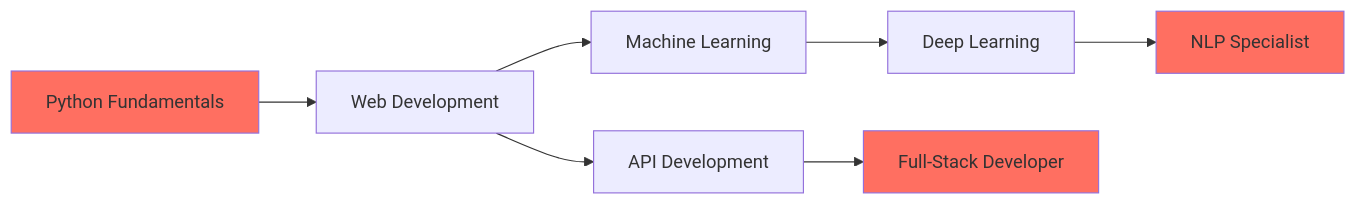
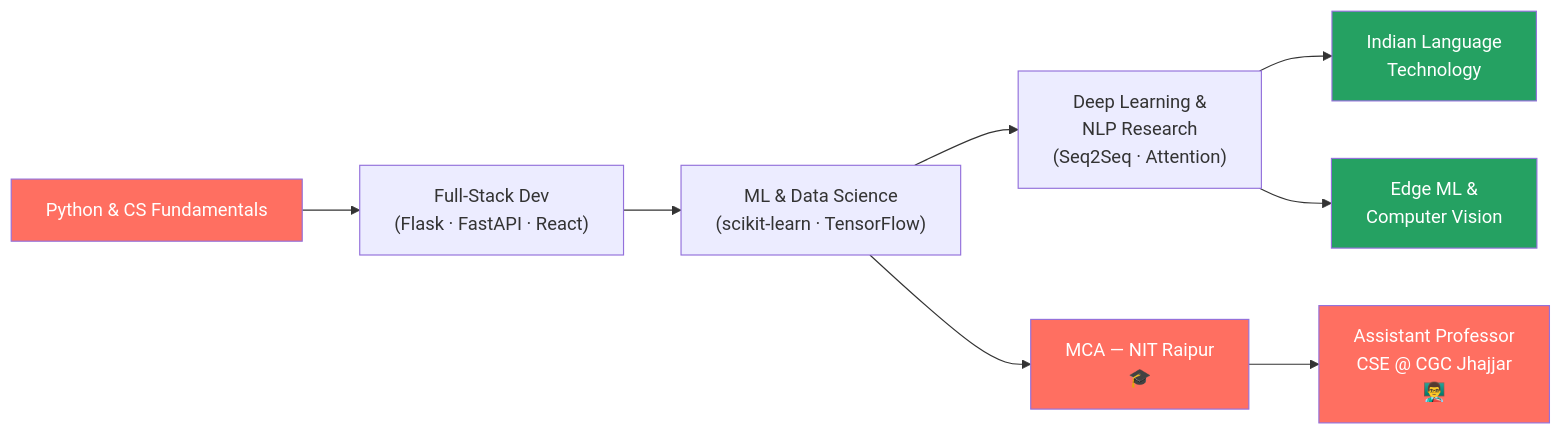
The diagram in README.md (Omkarmahanandia36/Omkarmahanandia36), drawn with Mermaid before and after one commit. The commit also changed other lines of this file, not shown here.

````diff
--- a/README.md
+++ b/README.md
@@ -412,12 +321,15 @@
 ```mermaid
 graph LR
-    A[Python Fundamentals] --> B[Web Development]
-    B --> C[Machine Learning]
-    C --> D[Deep Learning]
-    D --> E[NLP Specialist]
-    B --> F[API Development]
-    F --> G[Full-Stack Developer]
-    style A fill:#ff6f61
-    style E fill:#ff6f61
-    style G fill:#ff6f61
+    A["Python & CS Fundamentals"] --> B["Full-Stack Dev\n(Flask · FastAPI · React)"]
+    B --> C["ML & Data Science\n(scikit-learn · TensorFlow)"]
+    C --> D["Deep Learning &\nNLP Research\n(Seq2Seq · Attention)"]
+    D --> E["Indian Language\nTechnology"]
+    D --> F["Edge ML &\nComputer Vision"]
+    C --> G["MCA — NIT Raipur\n🎓"]
+    G --> H["Assistant Professor\nCSE @ CGC Jhajjar\n👨‍🏫"]
+    style A fill:#ff6f61,color:#fff
+    style G fill:#ff6f61,color:#fff
+    style H fill:#ff6f61,color:#fff
+    style E fill:#25A162,color:#fff
+    style F fill:#25A162,color:#fff
 ```
````
